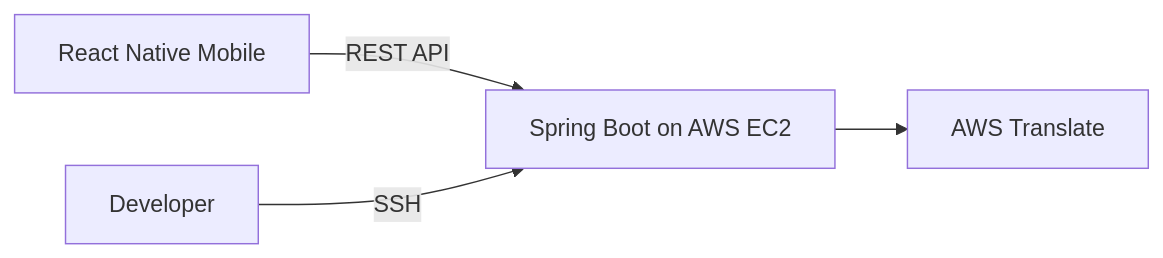
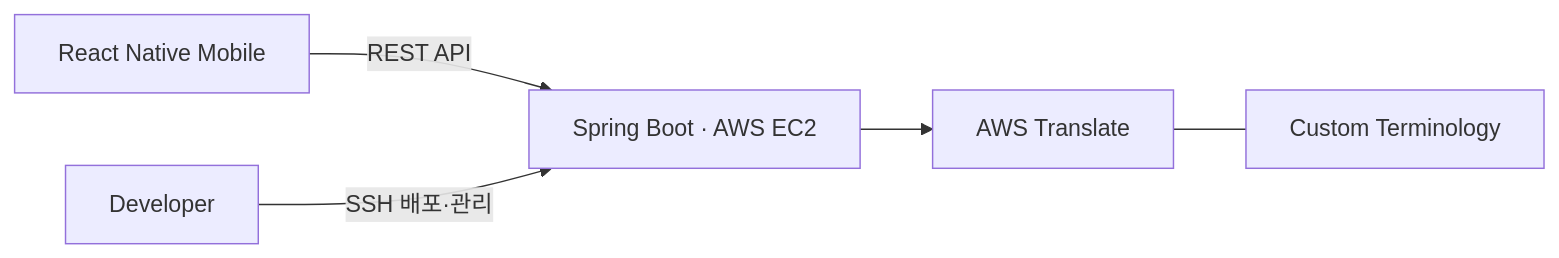
One commit to minjuko/transmate changed the third of 4 diagrams in README.md. Above: the diagram before and after it, drawn with Mermaid. The commit also changed other lines of this file, not shown here.

````diff
--- a/README.md
+++ b/README.md
@@ -103,6 +124,7 @@
 ```mermaid
 flowchart LR
-    M[React Native Mobile] -->|REST API| B[Spring Boot on AWS EC2]
-    B --> T[AWS Translate]
-    D[Developer] -->|SSH| B
+    M["React Native Mobile"] -->|"REST API"| B["Spring Boot · AWS EC2"]
+    B --> T["AWS Translate"]
+    T --- CT["Custom Terminology"]
+    D["Developer"] -->|"SSH 배포·관리"| B
 ```
````
